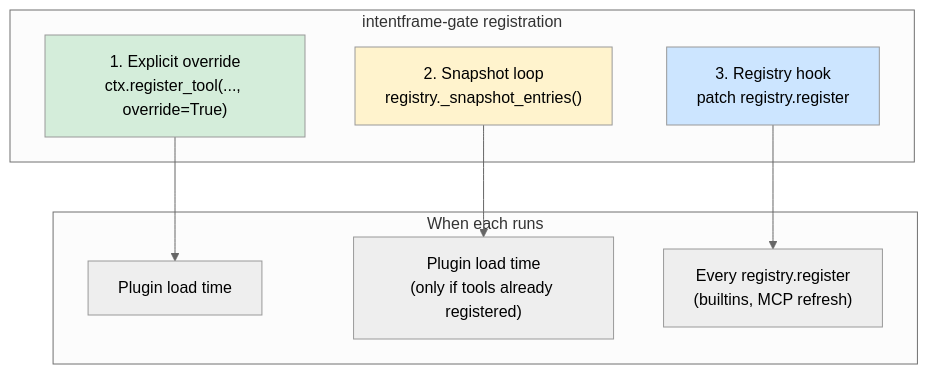
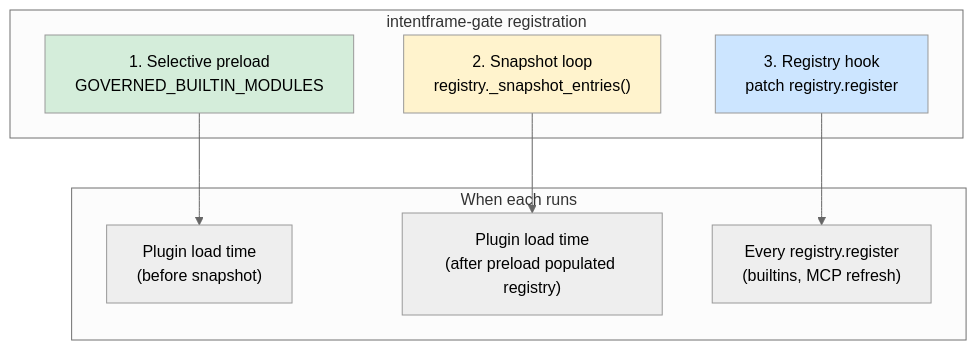
One commit to intentframe/agent-integrations changed the second of 5 diagrams in docs/hermes-plugin-registration-order.md. Above: the diagram before and after it, drawn with Mermaid (neutral theme). The commit also changed other lines of this file and 9 other files, not shown here.

````diff
--- a/docs/hermes-plugin-registration-order.md
+++ b/docs/hermes-plugin-registration-order.md
@@ -65,22 +69,22 @@
 ```mermaid
 flowchart TB
     subgraph mechanisms["intentframe-gate registration"]
-        A["1. Explicit override<br/>ctx.register_tool(..., override=True)"]
+        A["1. Selective preload<br/>GOVERNED_BUILTIN_MODULES"]
         B["2. Snapshot loop<br/>registry._snapshot_entries()"]
         C["3. Registry hook<br/>patch registry.register"]
     end
 
     subgraph when["When each runs"]
-        T1["Plugin load time"]
-        T2["Plugin load time<br/>(only if tools already registered)"]
+        T1["Plugin load time<br/>(before snapshot)"]
+        T2["Plugin load time<br/>(after preload populated registry)"]
         T3["Every registry.register<br/>(builtins, MCP refresh)"]
     end
 
     A --> T1
     B --> T2
     C --> T3
 
     style A fill:#d4edda
     style B fill:#fff3cd
     style C fill:#cce5ff
 ```
````
